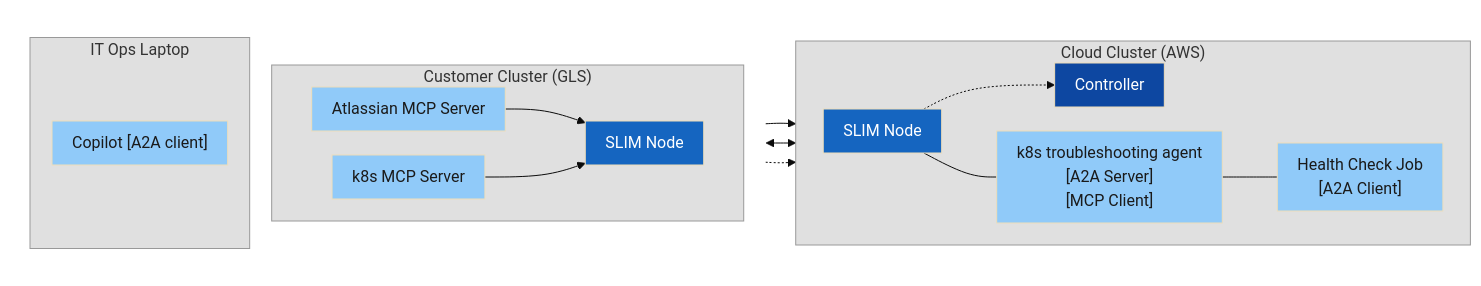
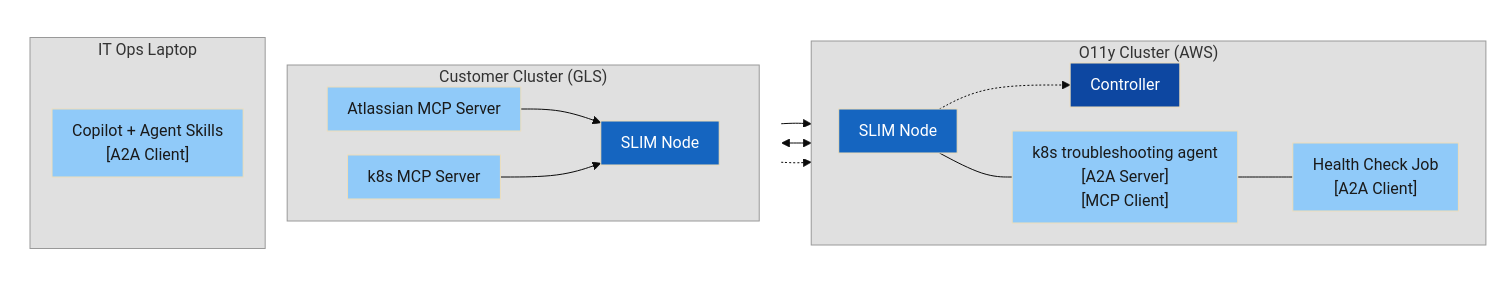
The sixth of 9 diagrams in presentations/slim-multicluster-demo/slim-multicluster-demo.md (agntcy/blogs), drawn with Mermaid before and after one commit. The commit also changed other lines of this file, not shown here.

````diff
--- a/presentations/slim-multicluster-demo/slim-multicluster-demo.md
+++ b/presentations/slim-multicluster-demo/slim-multicluster-demo.md
@@ -310,43 +317,43 @@
 ```mermaid
 %%{init: {'theme': 'base', 'themeVariables': {'fontSize': '16px'}, 'flowchart': {'nodeSpacing': 24, 'rankSpacing': 30, 'padding': 10}}}%%
 graph LR
     subgraph Left[" "]
         direction TB
         subgraph Customer["Customer Cluster (GLS)"]
             direction LR
             AMCP[Atlassian MCP Server] --> CSN[SLIM Node]
             KMCP[k8s MCP Server] --> CSN
         end
         subgraph Laptop[IT Ops Laptop]
-            Copilot["Copilot [A2A client]"]
+            Copilot["Copilot + Agent Skills \n [A2A Client]"]
         end
     end
 
-    subgraph Cloud["Cloud Cluster (AWS)"]
+    subgraph Cloud["O11y Cluster (AWS)"]
         direction LR
         SN[SLIM Node]
         SC[Controller]
         HCJ["Health Check Job\n[A2A Client]"]
         K8S["k8s troubleshooting agent\n[A2A Server]\n[MCP Client]"]
         SN -.-> SC
         SN --- K8S
         K8S --- HCJ
     end
 
     Copilot --> SN
     CSN <--> SN
     CSN -.-> SC
 
     style Left fill:none,stroke:none
     style Customer fill:#e0e0e0,stroke:#999,color:#333
     style Cloud fill:#e0e0e0,stroke:#999,color:#333
     style Laptop fill:#e0e0e0,stroke:#999,color:#333
     style SC fill:#0D47A1,color:#fff
     style SN fill:#1565C0,color:#fff
     style CSN fill:#1565C0,color:#fff
     style AMCP fill:#90CAF9,color:#1a1a1a
     style KMCP fill:#90CAF9,color:#1a1a1a
     style K8S fill:#90CAF9,color:#1a1a1a
     style HCJ fill:#90CAF9,color:#1a1a1a
     style Copilot fill:#90CAF9,color:#1a1a1a
 ```
````
